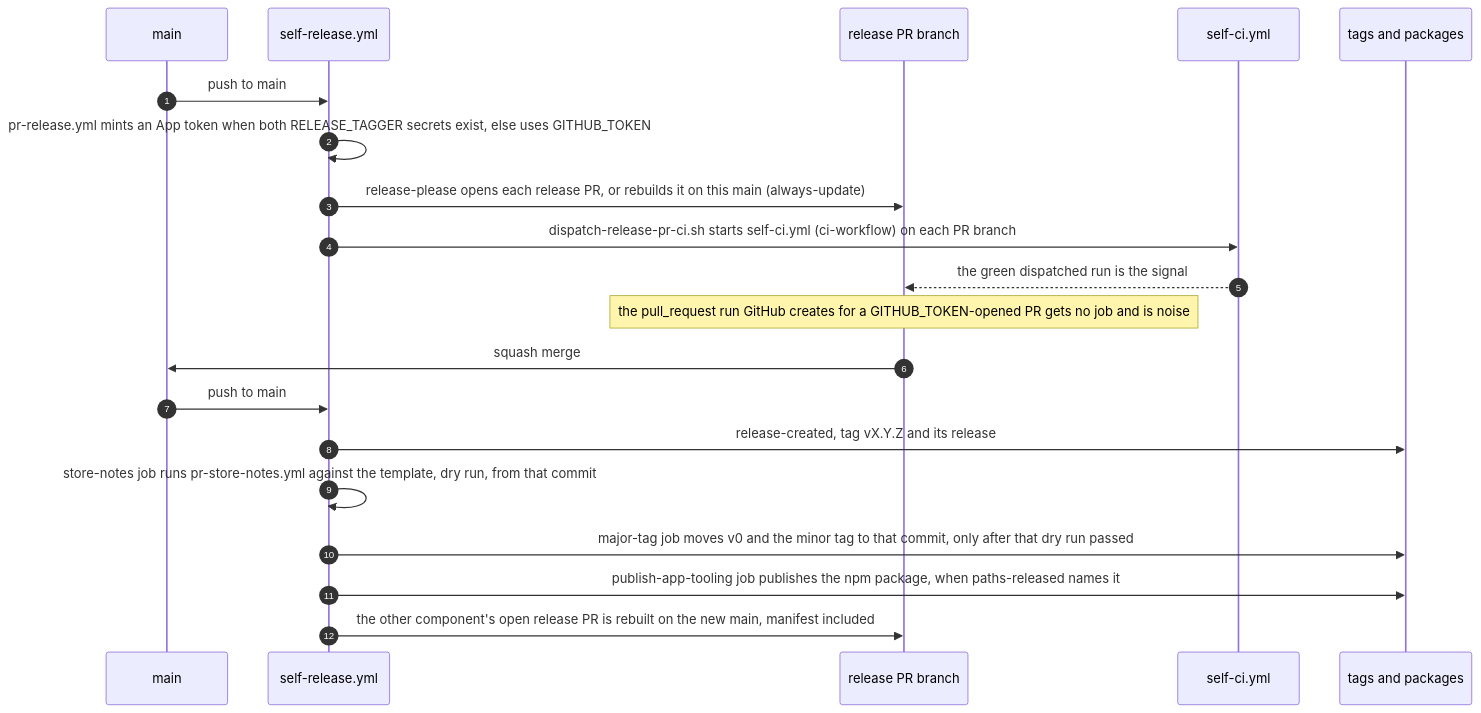
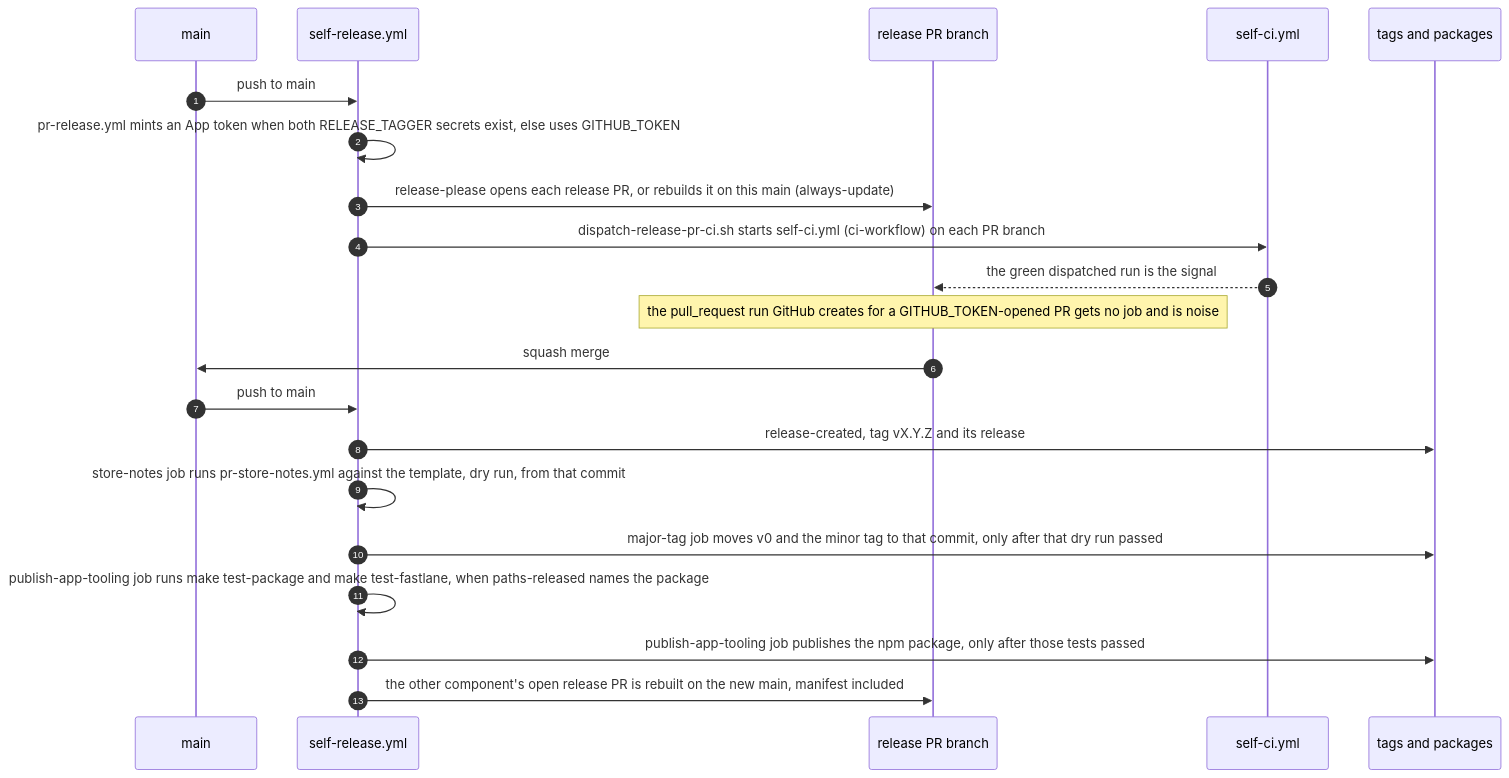
Before and after one commit to blinkbitcoin/shared-workflows: the diagram in AGENTS.md, drawn with Mermaid. The commit also changed other lines of this file and 4 other files, not shown here.

````diff
--- a/AGENTS.md
+++ b/AGENTS.md
@@ -236,22 +239,23 @@
   ```mermaid
   sequenceDiagram
     autonumber
     participant main as main
     participant rel as self-release.yml
     participant pr as release PR branch
     participant ci as self-ci.yml
     participant tags as tags and packages
     main->>rel: push to main
     rel->>rel: pr-release.yml mints an App token when both RELEASE_TAGGER secrets exist, else uses GITHUB_TOKEN
     rel->>pr: release-please opens each release PR, or rebuilds it on this main (always-update)
     rel->>ci: dispatch-release-pr-ci.sh starts self-ci.yml (ci-workflow) on each PR branch
     ci-->>pr: the green dispatched run is the signal
     Note over pr: the pull_request run GitHub creates for a GITHUB_TOKEN-opened PR gets no job and is noise
     pr->>main: squash merge
     main->>rel: push to main
     rel->>tags: release-created, tag vX.Y.Z and its release
     rel->>rel: store-notes job runs pr-store-notes.yml against the template, dry run, from that commit
     rel->>tags: major-tag job moves v0 and the minor tag to that commit, only after that dry run passed
-    rel->>tags: publish-app-tooling job publishes the npm package, when paths-released names it
+    rel->>rel: publish-app-tooling job runs make test-package and make test-fastlane, when paths-released names the package
+    rel->>tags: publish-app-tooling job publishes the npm package, only after those tests passed
     rel->>pr: the other component's open release PR is rebuilt on the new main, manifest included
   ```
````
